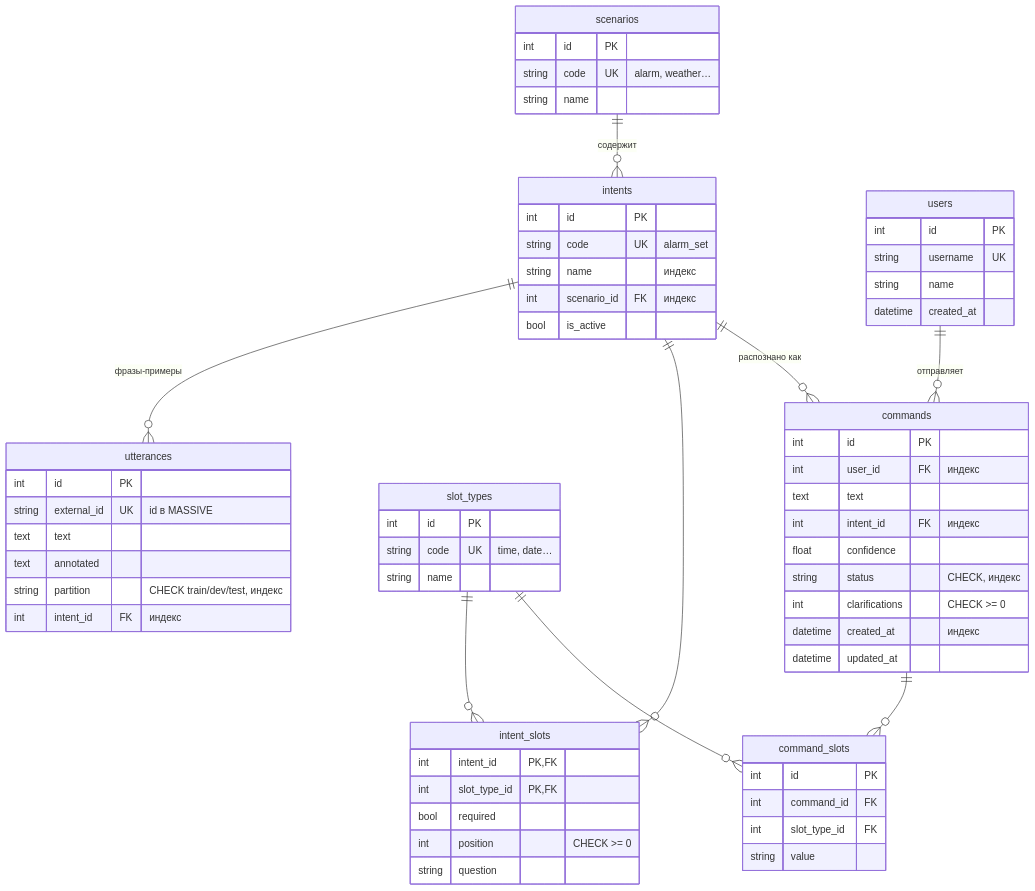
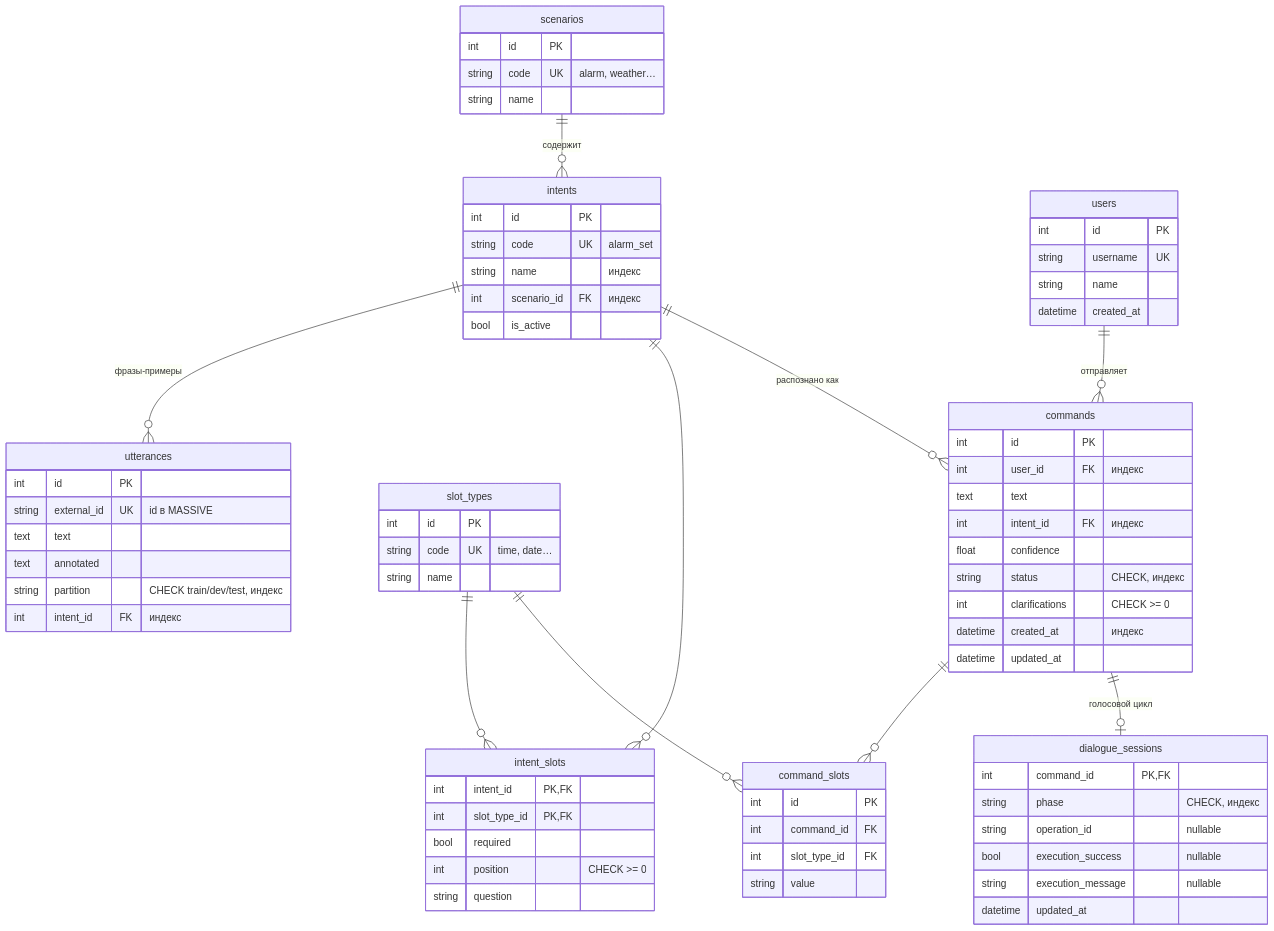
Before and after one commit to MaksChocomint/massive-assistant-project: the diagram in docs/erd.md, drawn with Mermaid. The commit also changed other lines of this file and 15 other files, not shown here.

Commit message:
docs: add ER diagram, evaluation and defense presentation

````diff
--- a/docs/erd.md
+++ b/docs/erd.md
@@ -3,67 +12,76 @@
 ```mermaid
 erDiagram
     scenarios ||--o{ intents : "содержит"
     intents ||--o{ utterances : "фразы-примеры"
     intents ||--o{ intent_slots : ""
     slot_types ||--o{ intent_slots : ""
     users ||--o{ commands : "отправляет"
     intents ||--o{ commands : "распознано как"
     commands ||--o{ command_slots : ""
+    commands ||--o| dialogue_sessions : "голосовой цикл"
     slot_types ||--o{ command_slots : ""
 
     scenarios {
         int id PK
         string code UK "alarm, weather…"
         string name
     }
     intents {
         int id PK
         string code UK "alarm_set"
         string name "индекс"
         int scenario_id FK "индекс"
         bool is_active
     }
     slot_types {
         int id PK
         string code UK "time, date…"
         string name
     }
     intent_slots {
         int intent_id PK, FK
         int slot_type_id PK, FK
         bool required
         int position "CHECK >= 0"
         string question
     }
     utterances {
         int id PK
         string external_id UK "id в MASSIVE"
         text text
         text annotated
         string partition "CHECK train/dev/test, индекс"
         int intent_id FK "индекс"
     }
     users {
         int id PK
         string username UK
         string name
         datetime created_at
     }
     commands {
         int id PK
         int user_id FK "индекс"
         text text
         int intent_id FK "индекс"
         float confidence
         string status "CHECK, индекс"
         int clarifications "CHECK >= 0"
         datetime created_at "индекс"
         datetime updated_at
     }
     command_slots {
         int id PK
         int command_id FK
         int slot_type_id FK
         string value
     }
+    dialogue_sessions {
+        int command_id PK, FK
+        string phase "CHECK, индекс"
+        string operation_id "nullable"
+        bool execution_success "nullable"
+        string execution_message "nullable"
+        datetime updated_at
+    }
 ```
````
